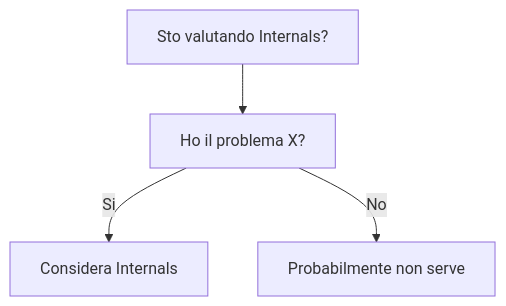
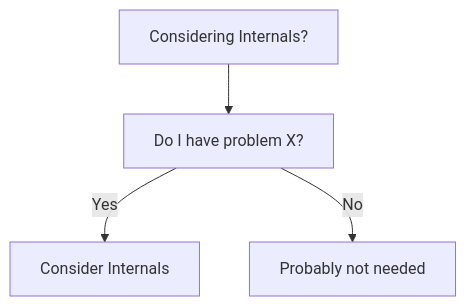
The diagram in dev-wiki/14_Languages/CSharp/Internals/When_To_Use.md (HxT9/Software-Dev-Wiki), drawn with Mermaid before and after one commit. The commit also changed other lines of this file and 3444 other files, not shown here.

````diff
--- a/dev-wiki/14_Languages/CSharp/Internals/When_To_Use.md
+++ b/dev-wiki/14_Languages/CSharp/Internals/When_To_Use.md
@@ -19,6 +19,6 @@
 ```mermaid
 flowchart TD
-  Q[Sto valutando Internals?] --> Q1[Ho il problema X?]
-  Q1 -->|Si| OK[Considera Internals]
-  Q1 -->|No| NO[Probabilmente non serve]
+  Q[Considering Internals?] --> Q1[Do I have problem X?]
+  Q1 -->|Yes| OK[Consider Internals]
+  Q1 -->|No| NO[Probably not needed]
 ```
````
